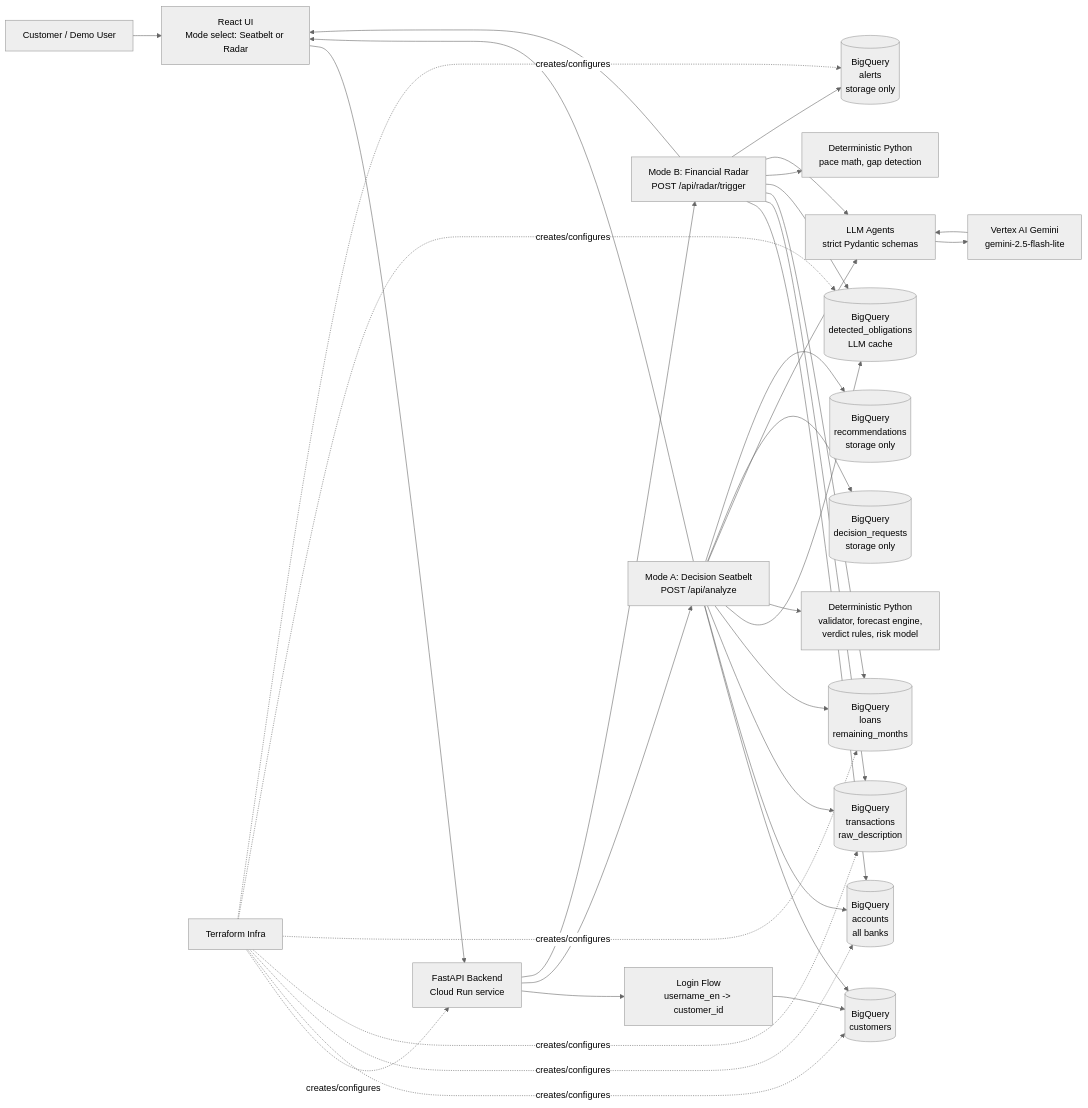
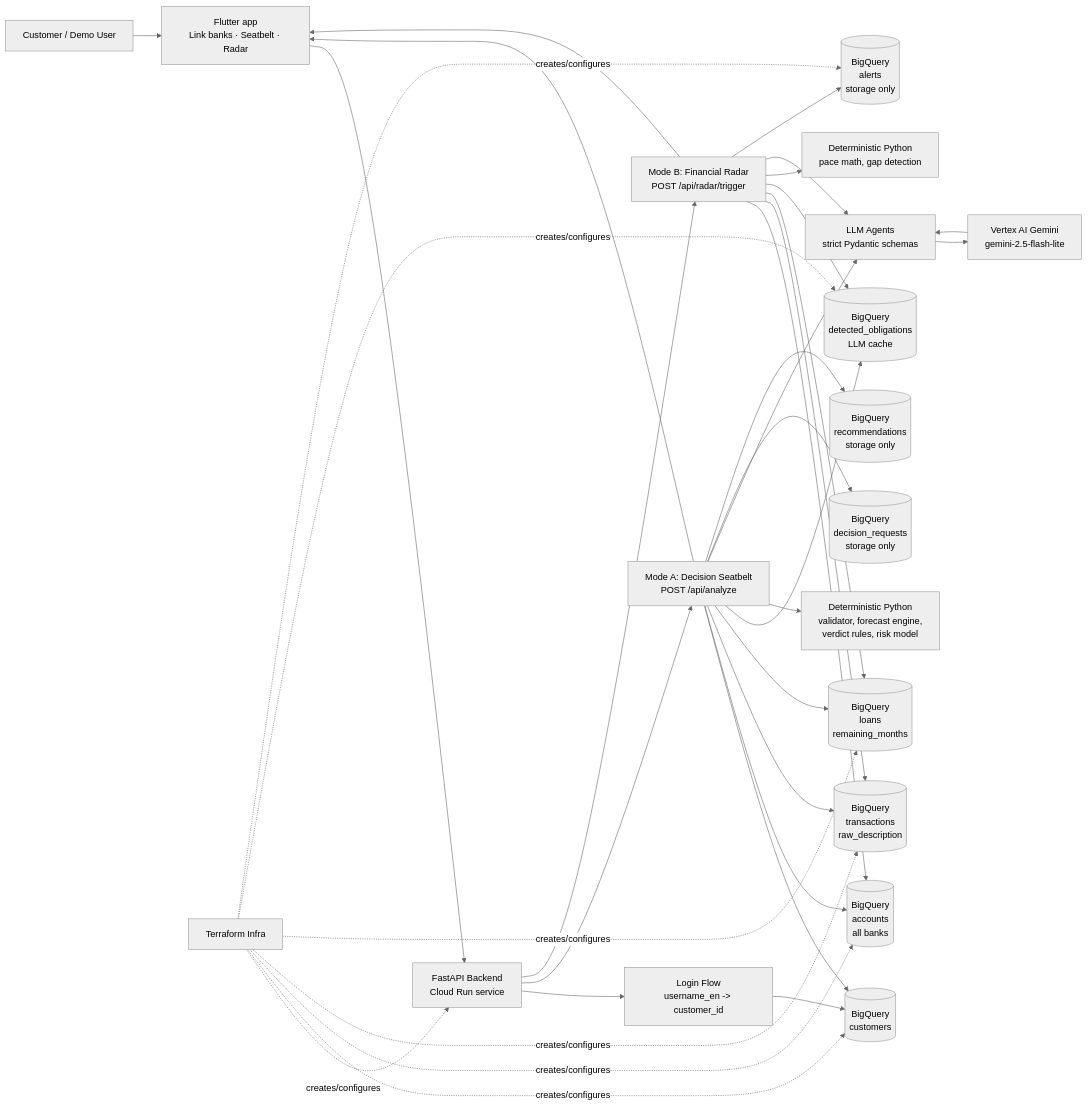
The first of 2 diagrams in System-Architecture.md (krrizzer/edraak), drawn with Mermaid (neutral theme) before and after one commit. The commit also changed other lines of this file and 65 other files, not shown here.

````diff
--- a/System-Architecture.md
+++ b/System-Architecture.md
@@ -3,45 +3,45 @@
 ```mermaid
 flowchart LR
-    User["Customer / Demo User"] --> Browser["React UI<br/>Mode select: Seatbelt or Radar"]
+    User["Customer / Demo User"] --> Browser["Flutter app<br/>Link banks · Seatbelt · Radar"]
     Browser --> API["FastAPI Backend<br/>Cloud Run service"]
 
     API --> AuthFlow["Login Flow<br/>username_en -> customer_id"]
     API --> AnalysisFlow["Mode A: Decision Seatbelt<br/>POST /api/analyze"]
     API --> RadarFlow["Mode B: Financial Radar<br/>POST /api/radar/trigger"]
 
     AuthFlow --> BQCustomers[("BigQuery<br/>customers")]
 
     AnalysisFlow --> BQCustomers
     AnalysisFlow --> BQAccounts[("BigQuery<br/>accounts<br/>all banks")]
     AnalysisFlow --> BQTransactions[("BigQuery<br/>transactions<br/>raw_description")]
     AnalysisFlow --> BQLoans[("BigQuery<br/>loans<br/>remaining_months")]
     AnalysisFlow --> BQObligations[("BigQuery<br/>detected_obligations<br/>LLM cache")]
 
     RadarFlow --> BQAccounts
     RadarFlow --> BQTransactions
     RadarFlow --> BQLoans
     RadarFlow --> BQObligations
 
     AnalysisFlow --> Deterministic["Deterministic Python<br/>validator, forecast engine,<br/>verdict rules, risk model"]
     RadarFlow --> RadarDet["Deterministic Python<br/>pace math, gap detection"]
 
     AnalysisFlow --> Agents["LLM Agents<br/>strict Pydantic schemas"]
     RadarFlow --> Agents
     Agents --> Vertex["Vertex AI Gemini<br/>gemini-2.5-flash-lite"]
     Vertex --> Agents
 
     AnalysisFlow --> BQRequests[("BigQuery<br/>decision_requests<br/>storage only")]
     AnalysisFlow --> BQRecommendations[("BigQuery<br/>recommendations<br/>storage only")]
     RadarFlow --> BQAlerts[("BigQuery<br/>alerts<br/>storage only")]
 
     AnalysisFlow --> Browser
     RadarFlow --> Browser
 
     Terraform["Terraform Infra"] -. creates/configures .-> API
     Terraform -. creates/configures .-> BQCustomers
     Terraform -. creates/configures .-> BQAccounts
     Terraform -. creates/configures .-> BQTransactions
     Terraform -. creates/configures .-> BQLoans
     Terraform -. creates/configures .-> BQObligations
     Terraform -. creates/configures .-> BQAlerts
 ```
````
